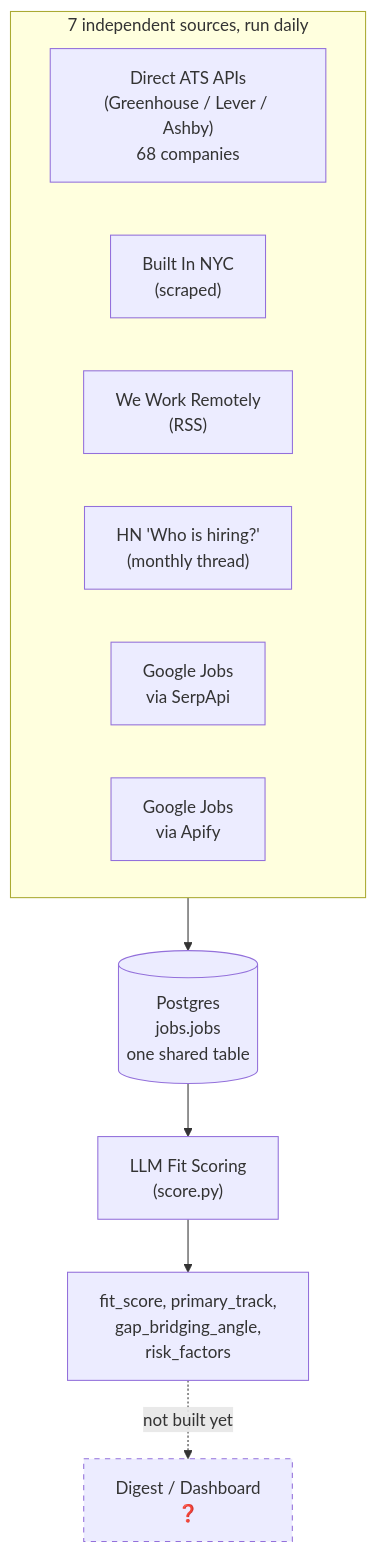
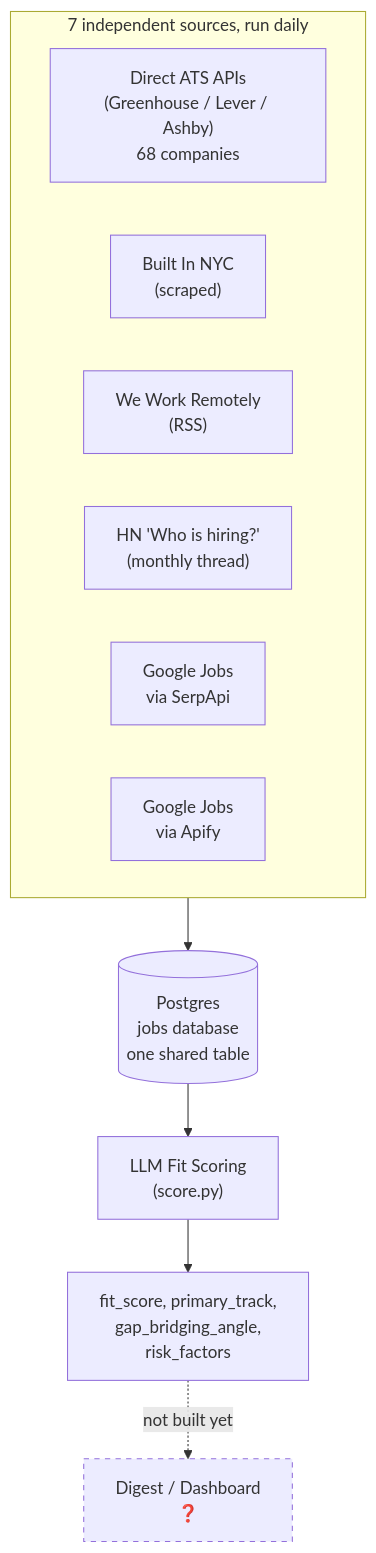
Before and after one commit to liueric-dev/jobs: the first of 3 diagrams in OVERVIEW.md, drawn with Mermaid. The commit also changed 15 other files, not shown here.

````diff
--- a/OVERVIEW.md
+++ b/OVERVIEW.md
@@ -17,19 +17,19 @@
 ```mermaid
 flowchart TB
     subgraph Sources["7 independent sources, run daily"]
         direction LR
         A["Direct ATS APIs<br/>(Greenhouse / Lever / Ashby)<br/>68 companies"]
         B["Built In NYC<br/>(scraped)"]
         C["We Work Remotely<br/>(RSS)"]
         D["HN 'Who is hiring?'<br/>(monthly thread)"]
         E["Google Jobs<br/>via SerpApi"]
         F["Google Jobs<br/>via Apify"]
     end
 
-    Sources --> G[("Postgres<br/>jobs.jobs<br/>one shared table")]
+    Sources --> G[("Postgres<br/>jobs database<br/>one shared table")]
     G --> H["LLM Fit Scoring<br/>(score.py)"]
     H --> I["fit_score, primary_track,<br/>gap_bridging_angle,<br/>risk_factors"]
     I -.->|"not built yet"| J["Digest / Dashboard<br/>❓"]
 
     style J stroke-dasharray: 5 5
 ```
````
